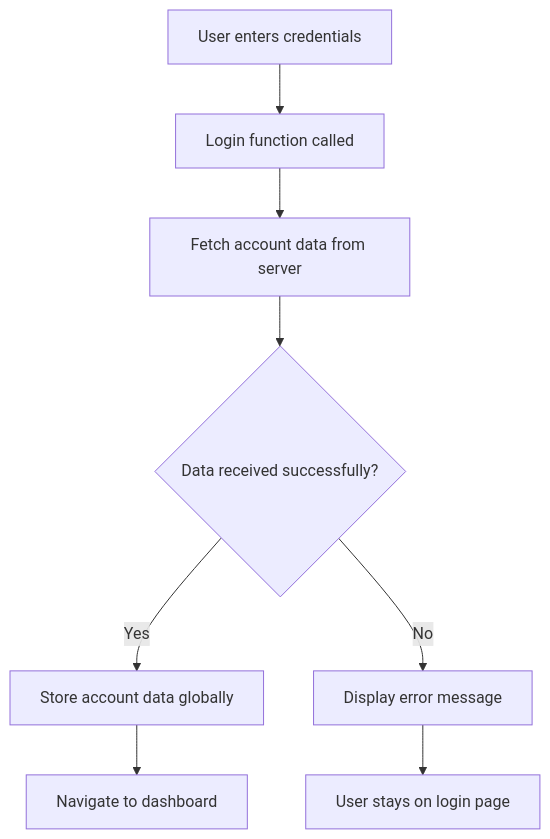
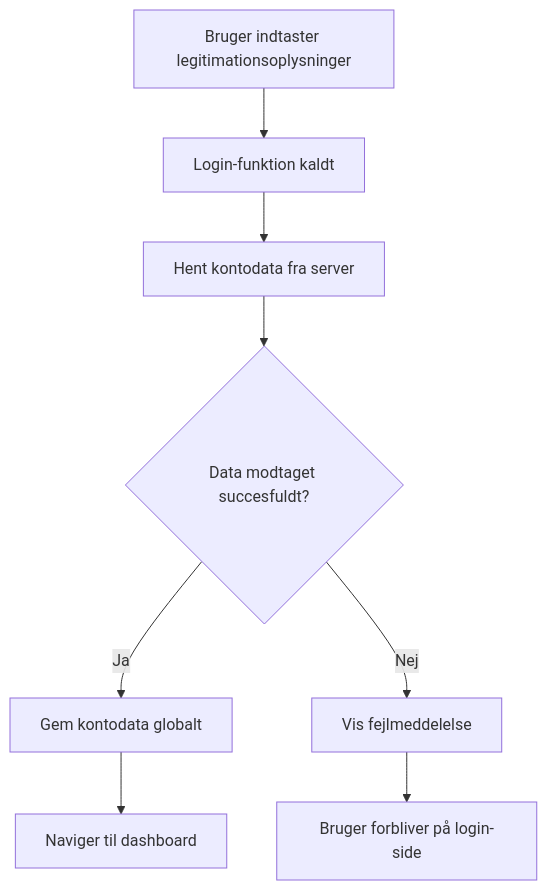
Before and after one commit to microsoft/Web-Dev-For-Beginners: the seventh of 11 diagrams in translations/da/7-bank-project/3-data/README.md, drawn with Mermaid. The commit also changed other lines of this file and 41 other files, not shown here.

````diff
--- a/translations/da/7-bank-project/3-data/README.md
+++ b/translations/da/7-bank-project/3-data/README.md
@@ -261,10 +371,10 @@
 ```mermaid
 flowchart TD
-    A[User enters credentials] --> B[Login function called]
-    B --> C[Fetch account data from server]
-    C --> D{Data received successfully?}
-    D -->|Yes| E[Store account data globally]
-    D -->|No| F[Display error message]
-    E --> G[Navigate to dashboard]
-    F --> H[User stays on login page]
+    A[Bruger indtaster legitimationsoplysninger] --> B[Login-funktion kaldt]
+    B --> C[Hent kontodata fra server]
+    C --> D{Data modtaget succesfuldt?}
+    D -->|Ja| E[Gem kontodata globalt]
+    D -->|Nej| F[Vis fejlmeddelelse]
+    E --> G[Naviger til dashboard]
+    F --> H[Bruger forbliver på login-side]
 ```
````
